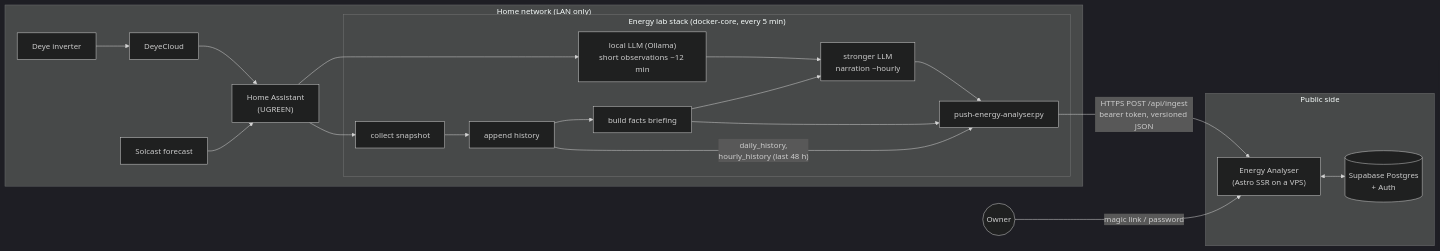
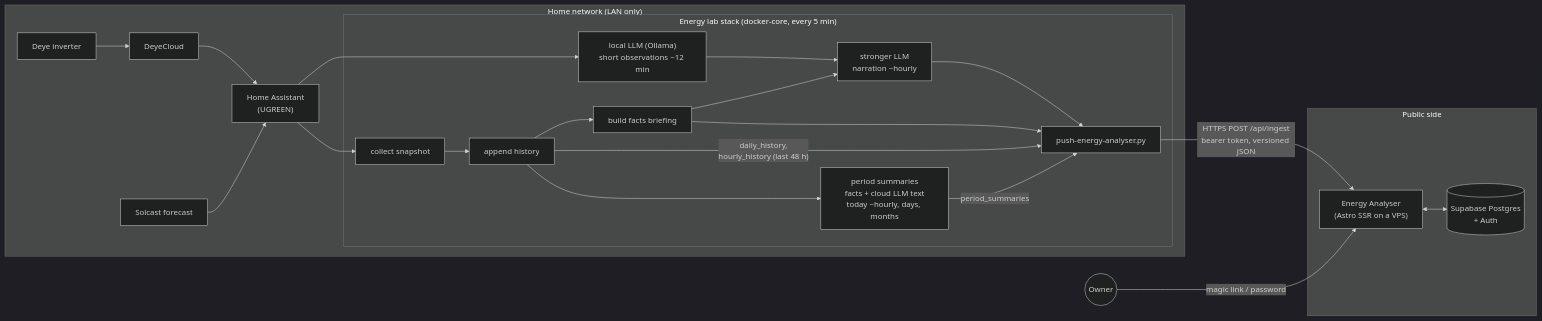
Before and after one commit to titusandronicu/energy-analyser: the diagram in docs/architecture.md, drawn with Mermaid (dark theme). The commit also changed other lines of this file and 18 other files, not shown here.

First line of the commit message:
feat(lab-period-summaries): app contract and storage (p1)

````diff
--- a/docs/architecture.md
+++ b/docs/architecture.md
@@ -11,25 +11,27 @@
 ```mermaid
 flowchart LR
   subgraph Home["Home network (LAN only)"]
     Deye[Deye inverter] --> DC[DeyeCloud]
     HA["Home Assistant<br/>(UGREEN)"]
     DC --> HA
     Solcast[Solcast forecast] --> HA
     subgraph Lab["Energy lab stack (docker-core, every 5 min)"]
       Snap[collect snapshot] --> Hist[append history]
       Hist --> Brief[build facts briefing]
       Micro["local LLM (Ollama)<br/>short observations ~12 min"] --> Adv
       Brief --> Adv["stronger LLM<br/>narration ~hourly"]
       Adv --> Push[push-energy-analyser.py]
       Brief --> Push
       Hist -- "daily_history,<br/>hourly_history (last 48 h)" --> Push
+      Hist --> Sum["period summaries<br/>facts + cloud LLM text<br/>today ~hourly, days, months"]
+      Sum -- "period_summaries" --> Push
     end
     HA --> Snap
     HA --> Micro
   end
   Push -- "HTTPS POST /api/ingest<br/>bearer token, versioned JSON" --> App
   subgraph Cloud["Public side"]
     App["Energy Analyser<br/>(Astro SSR on a VPS)"] <--> DB[(Supabase Postgres<br/>+ Auth)]
   end
   Owner((Owner)) -- "magic link / password" --> App
 ```
````
